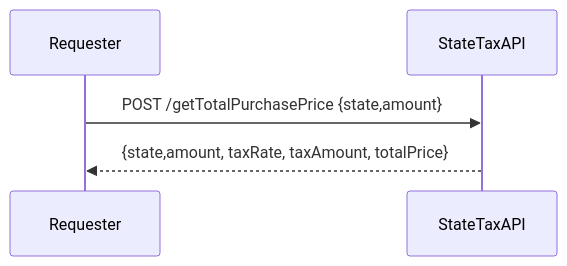
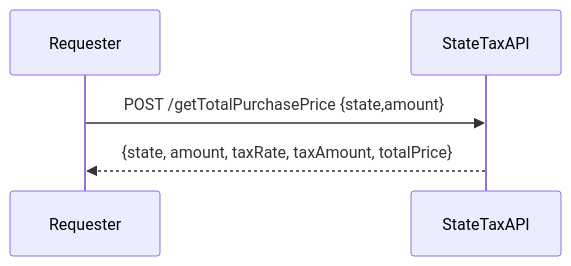
Before and after one commit to adam-jennings/StateTaxAPI: the third of 3 diagrams in README.md, drawn with Mermaid. The commit also changed other lines of this file, not shown here.

````diff
--- a/README.md
+++ b/README.md
@@ -1,6 +87,5 @@
 ```mermaid
 sequenceDiagram
     Requester->>StateTaxAPI: POST /getTotalPurchasePrice {state,amount}
-    StateTaxAPI-->>Requester: {state,amount, taxRate, taxAmount, totalPrice}
-
+    StateTaxAPI-->>Requester: {state, amount, taxRate, taxAmount, totalPrice}
 ```
````
